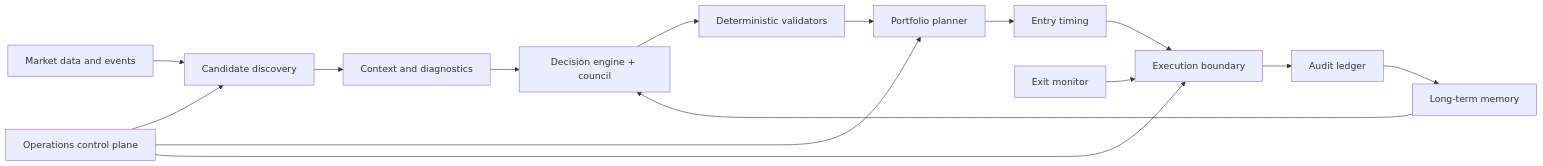
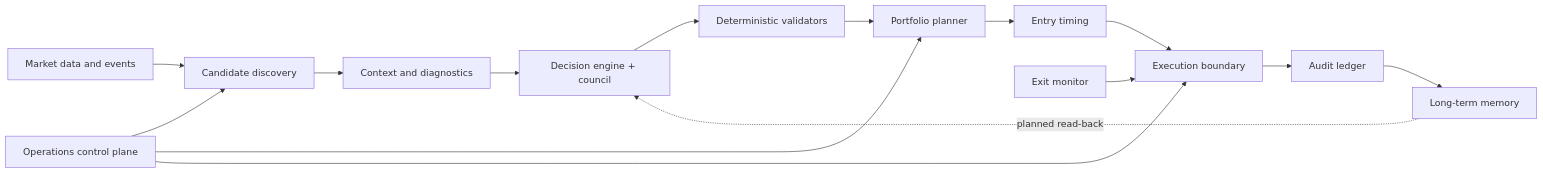
Before and after one commit to Ashwin-RN/kestrel-engine: the diagram in ARCHITECTURE.md, drawn with Mermaid. The commit also changed other lines of this file and 15 other files, not shown here.

````diff
--- a/ARCHITECTURE.md
+++ b/ARCHITECTURE.md
@@ -40,17 +43,17 @@
 ```mermaid
 flowchart LR
     A[Market data and events] --> B[Candidate discovery]
     B --> C[Context and diagnostics]
     C --> D[Decision engine + council]
     D --> E[Deterministic validators]
     E --> F[Portfolio planner]
     F --> G[Entry timing]
     G --> H[Execution boundary]
     H --> I[Audit ledger]
     I --> J[Long-term memory]
-    J --> D
+    J -. planned read-back .-> D
     K[Exit monitor] --> H
     L[Operations control plane] --> B
     L --> F
     L --> H
 ```
````
